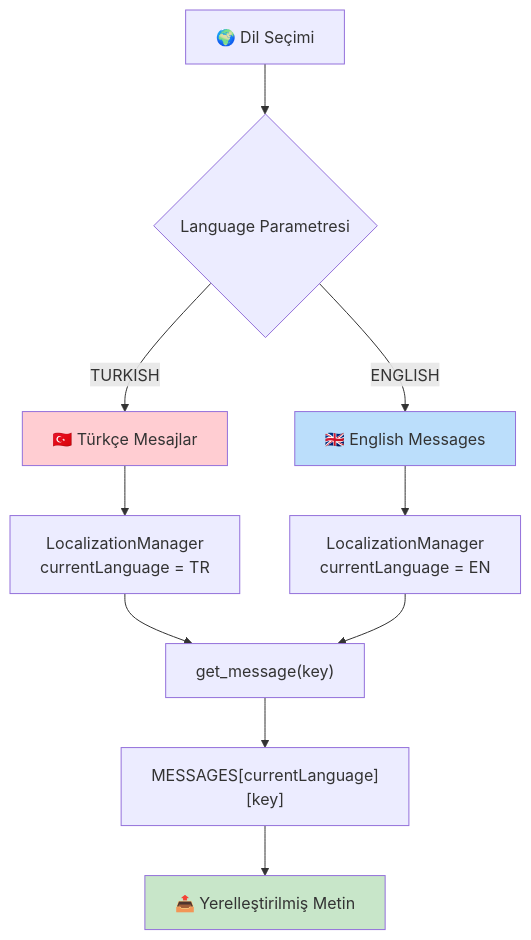
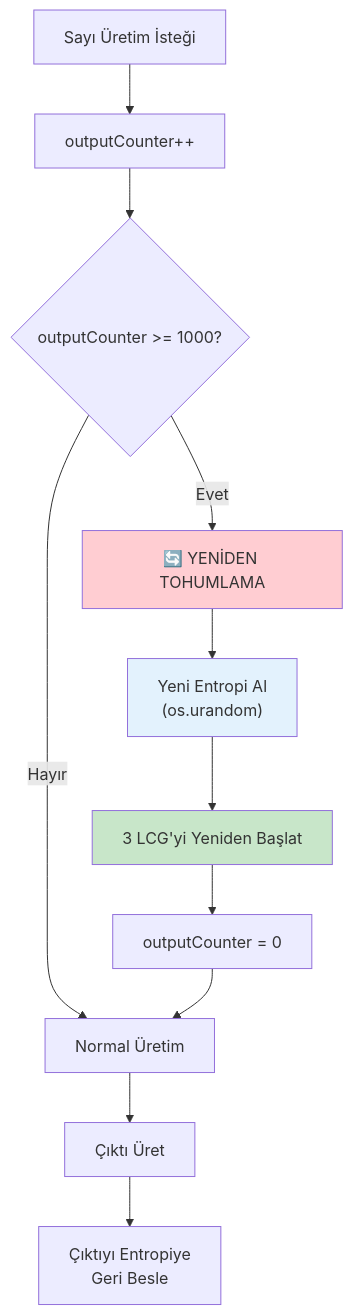
Before and after one commit to Samet230/Rastgele_Sayi_Ureteci: the sixth of 9 diagrams in docs/FLOWCHART.md, drawn with Mermaid. The commit also changed other lines of this file and 3 other files, not shown here.

````diff
--- a/docs/FLOWCHART.md
+++ b/docs/FLOWCHART.md
@@ -172,19 +215,20 @@
 ```mermaid
 flowchart TD
-    A["🌍 Dil Seçimi"] --> B{Language Parametresi}
-    B -->|TURKISH| C["🇹🇷 Türkçe Mesajlar"]
-    B -->|ENGLISH| D["🇬🇧 English Messages"]
+    A["Sayı Üretim İsteği"] --> B["outputCounter++"]
+    B --> C{outputCounter >= 1000?}
     
-    C --> E["LocalizationManager<br/>currentLanguage = TR"]
-    D --> F["LocalizationManager<br/>currentLanguage = EN"]
+    C -->|Hayır| D["Normal Üretim"]
     
-    E --> G["get_message(key)"]
-    F --> G
+    C -->|Evet| E["🔄 YENİDEN TOHUMLAMA"]
+    E --> F["Yeni Entropi Al<br/>(os.urandom)"]
+    F --> G["3 LCG'yi Yeniden Başlat"]
+    G --> H["outputCounter = 0"]
+    H --> D
     
-    G --> H["MESSAGES[currentLanguage][key]"]
-    H --> I["📤 Yerelleştirilmiş Metin"]
+    D --> I["Çıktı Üret"]
+    I --> J["Çıktıyı Entropiye<br/>Geri Besle"]
     
-    style C fill:#ffcdd2
-    style D fill:#bbdefb
-    style I fill:#c8e6c9
+    style E fill:#ffcdd2
+    style F fill:#e3f2fd
+    style G fill:#c8e6c9
 ```
````
